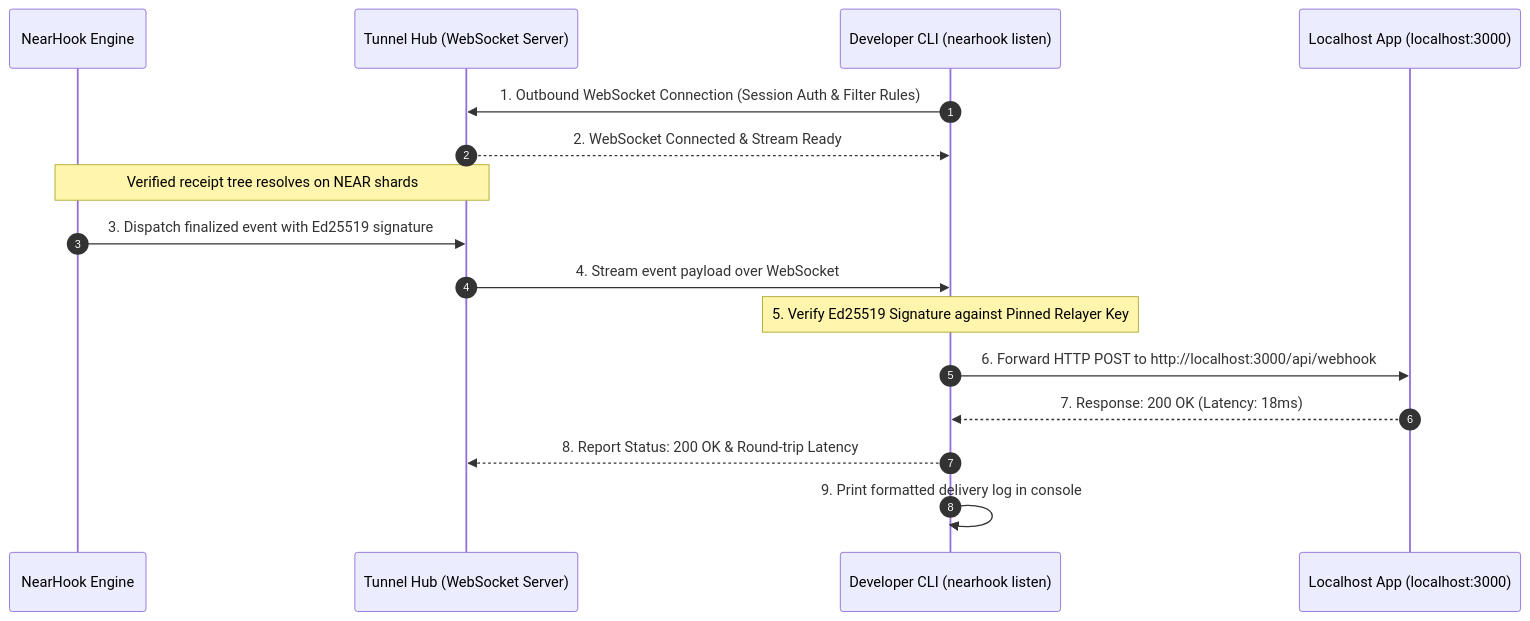
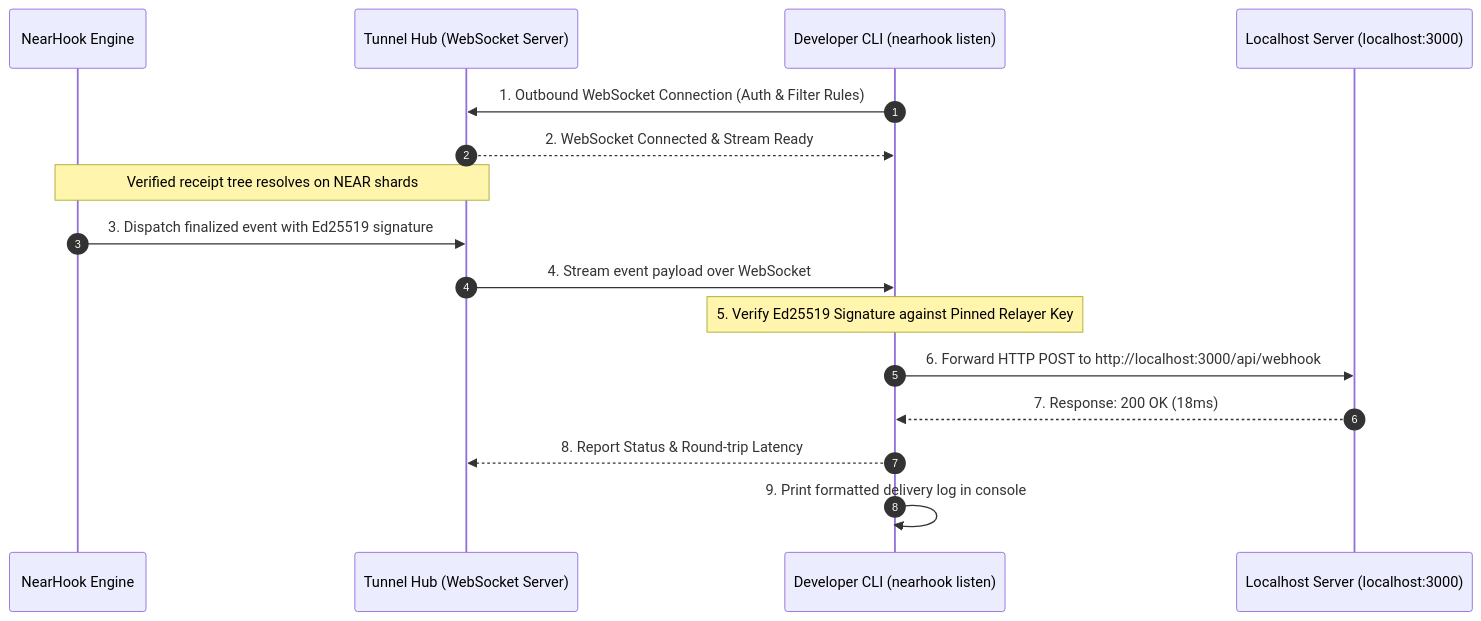
Before and after one commit to Team-Managed/NEARHook: the seventh of 7 diagrams in whitepaper.md, drawn with Mermaid. The commit also changed other lines of this file and 4 other files, not shown here.

````diff
--- a/whitepaper.md
+++ b/whitepaper.md
@@ -445,19 +270,19 @@
 ```mermaid
 sequenceDiagram
     autonumber
     participant Engine as NearHook Engine
     participant Hub as Tunnel Hub (WebSocket Server)
     participant CLI as Developer CLI (nearhook listen)
-    participant Local as Localhost App (localhost:3000)
+    participant Local as Localhost Server (localhost:3000)
 
-    CLI->>Hub: 1. Outbound WebSocket Connection (Session Auth & Filter Rules)
+    CLI->>Hub: 1. Outbound WebSocket Connection (Auth & Filter Rules)
     Hub-->>CLI: 2. WebSocket Connected & Stream Ready
     Note over Engine,Hub: Verified receipt tree resolves on NEAR shards
     Engine->>Hub: 3. Dispatch finalized event with Ed25519 signature
     Hub->>CLI: 4. Stream event payload over WebSocket
     Note over CLI: 5. Verify Ed25519 Signature against Pinned Relayer Key
     CLI->>Local: 6. Forward HTTP POST to http://localhost:3000/api/webhook
-    Local-->>CLI: 7. Response: 200 OK (Latency: 18ms)
-    CLI-->>Hub: 8. Report Status: 200 OK & Round-trip Latency
+    Local-->>CLI: 7. Response: 200 OK (18ms)
+    CLI-->>Hub: 8. Report Status & Round-trip Latency
     CLI->>CLI: 9. Print formatted delivery log in console
 ```
````
